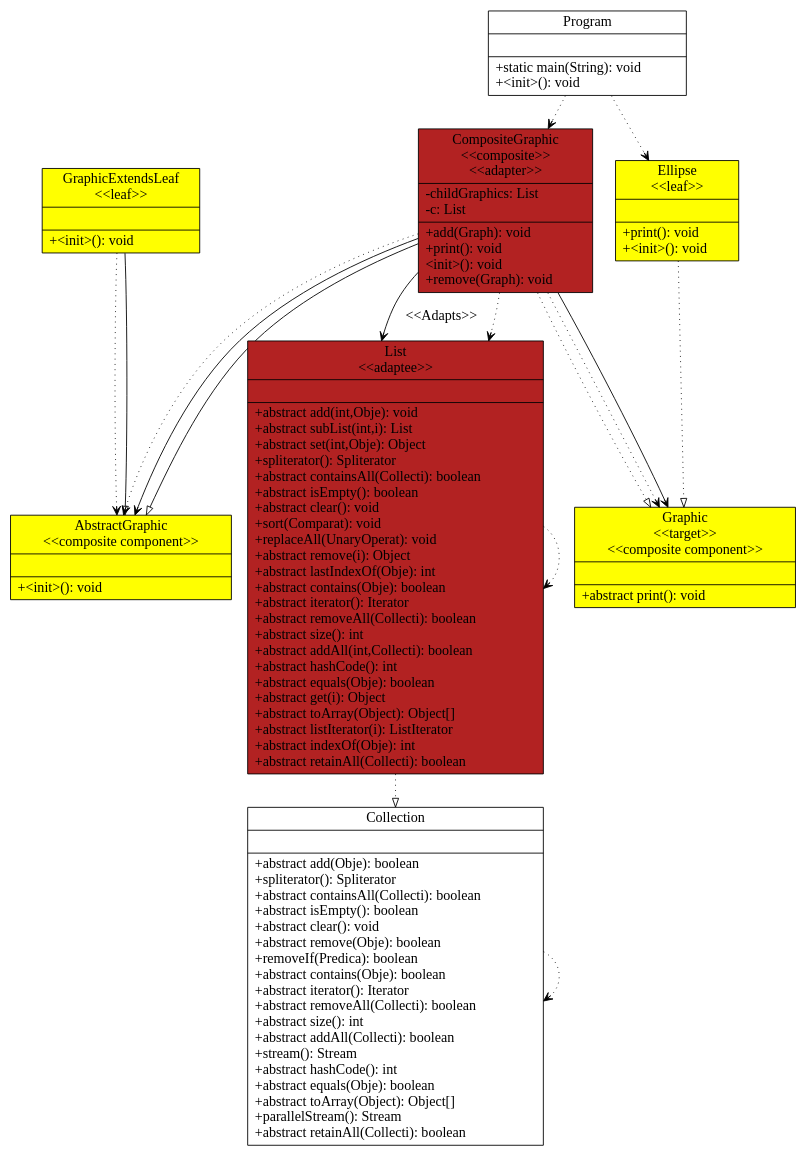
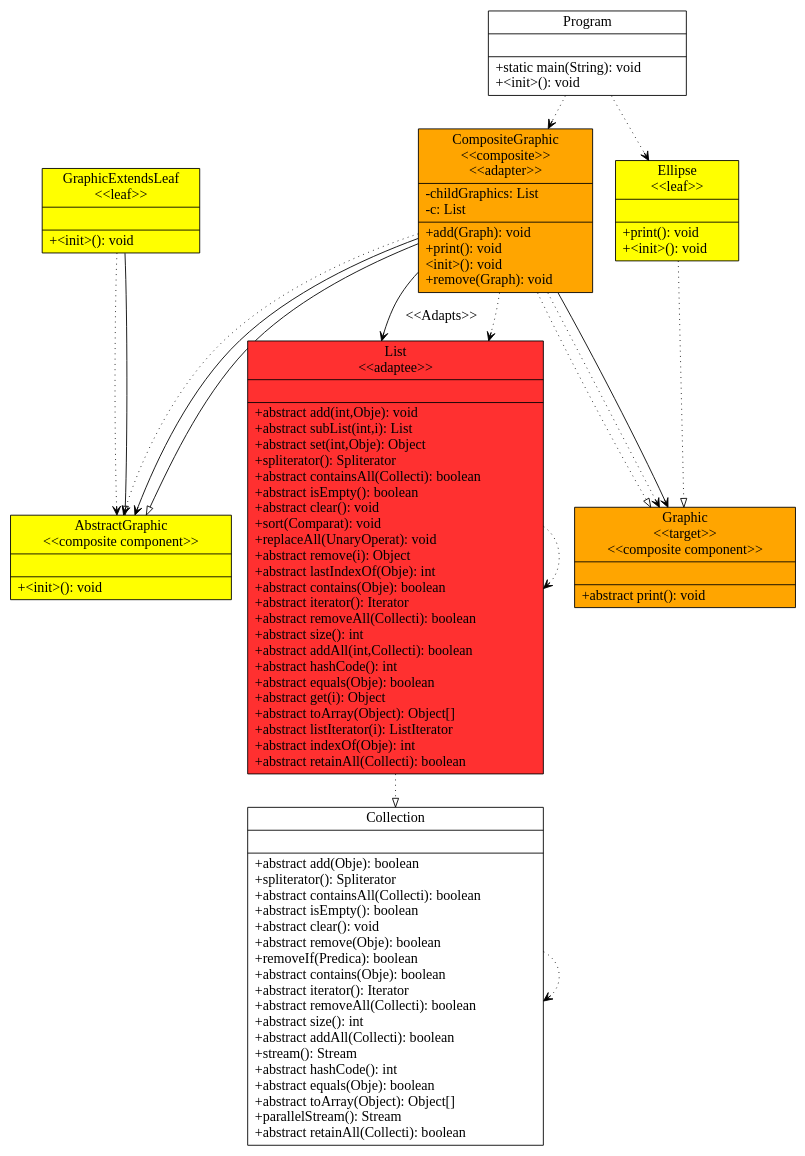
Before and after one commit to Maast3r/UMLMaker: the diagram in src/composite.dot, drawn with Graphviz. The commit also changed 26 other files, not shown here.

```diff
--- a/src/composite.dot
+++ b/src/composite.dot
@@ -1,81 +1,81 @@
 digraph G{
 	fontname = "Bitstream Vera Sans"
 	fontsize = 16
 
 node [
 	fontname = "Bitstream Vera Sans"
 	fontsize = 16
 
  shape = "record"
 ]
 edge [
 	fontname = "Bitstream Vera Sans"
 	fontsize = 16
 ]
 Ellipse [ 
 center=true
     label="{Ellipse\n\<\<leaf\>\>| | +print(): void\l+\<init\>(): void\l}"color = black
 style = filled 
  fillcolor = yellow
 ]
 GraphicExtendsLeaf [ 
 center=true
     label="{GraphicExtendsLeaf\n\<\<leaf\>\>| | +\<init\>(): void\l}"color = black
 style = filled 
  fillcolor = yellow
 ]
 Program [ 
 center=true
     label="{Program| | +static main(String): void\l+\<init\>(): void\l}"color = black
 style = filled 
  fillcolor = white
 ]
 Graphic [ 
 center=true
     label="{Graphic\n\<\<target\>\> \n\<\<composite component\>\>| | +abstract print(): void\l}"color = black
 style = filled 
- fillcolor = yellow
+ fillcolor = orange
 ]
 AbstractGraphic [ 
 center=true
     label="{AbstractGraphic\n\<\<composite component\>\>| | +\<init\>(): void\l}"color = black
 style = filled 
  fillcolor = yellow
 ]
 Collection [ 
 center=true
     label="{Collection| | +abstract add(Obje): boolean\l+spliterator(): Spliterator\l+abstract containsAll(Collecti): boolean\l+abstract isEmpty(): boolean\l+abstract clear(): void\l+abstract remove(Obje): boolean\l+removeIf(Predica): boolean\l+abstract contains(Obje): boolean\l+abstract iterator(): Iterator\l+abstract removeAll(Collecti): boolean\l+abstract size(): int\l+abstract addAll(Collecti): boolean\l+stream(): Stream\l+abstract hashCode(): int\l+abstract equals(Obje): boolean\l+abstract toArray(Object): Object[]\l+parallelStream(): Stream\l+abstract retainAll(Collecti): boolean\l}"color = black
 style = filled 
  fillcolor = white
 ]
 CompositeGraphic [ 
 center=true
     label="{CompositeGraphic\n\<\<composite\>\> \n\<\<adapter\>\>|-childGraphics: List \l-c: List \l | +add(Graph): void\l+print(): void\l\<init\>(): void\l+remove(Graph): void\l}"color = black
 style = filled 
- fillcolor = firebrick
+ fillcolor = orange
 ]
 List [ 
 center=true
     label="{List\n\<\<adaptee\>\>| | +abstract add(int,Obje): void\l+abstract subList(int,i): List\l+abstract set(int,Obje): Object\l+spliterator(): Spliterator\l+abstract containsAll(Collecti): boolean\l+abstract isEmpty(): boolean\l+abstract clear(): void\l+sort(Comparat): void\l+replaceAll(UnaryOperat): void\l+abstract remove(i): Object\l+abstract lastIndexOf(Obje): int\l+abstract contains(Obje): boolean\l+abstract iterator(): Iterator\l+abstract removeAll(Collecti): boolean\l+abstract size(): int\l+abstract addAll(int,Collecti): boolean\l+abstract hashCode(): int\l+abstract equals(Obje): boolean\l+abstract get(i): Object\l+abstract toArray(Object): Object[]\l+abstract listIterator(i): ListIterator\l+abstract indexOf(Obje): int\l+abstract retainAll(Collecti): boolean\l}"color = black
 style = filled 
- fillcolor = firebrick
+ fillcolor = firebrick1
 ]
 GraphicExtendsLeaf -> AbstractGraphic[arrowhead = vee, style = dotted]
 GraphicExtendsLeaf -> AbstractGraphic [arrowhead = onormal]
 Ellipse -> Graphic[arrowhead = onormal,style = dotted]
 Program -> CompositeGraphic[arrowhead = vee, style = dotted]
 Program -> Ellipse[arrowhead = vee, style = dotted]
 Collection -> Collection[arrowhead = vee, style = dotted]
 CompositeGraphic -> List[arrowhead = vee, style = dotted]
 CompositeGraphic -> AbstractGraphic[arrowhead = vee, style = dotted]
 CompositeGraphic -> Graphic[arrowhead = onormal,style = dotted]
 CompositeGraphic -> Graphic[arrowhead = vee, style = dotted]
 CompositeGraphic -> AbstractGraphic[arrowhead = vee]
 CompositeGraphic -> List [arrowhead = vee,label="\<\<Adapts\>\>"]
 CompositeGraphic -> AbstractGraphic [arrowhead = onormal]
 CompositeGraphic -> Graphic[arrowhead = vee]
 List -> List[arrowhead = vee, style = dotted]
 List -> Collection[arrowhead = onormal,style = dotted]
 
 
 }
```
